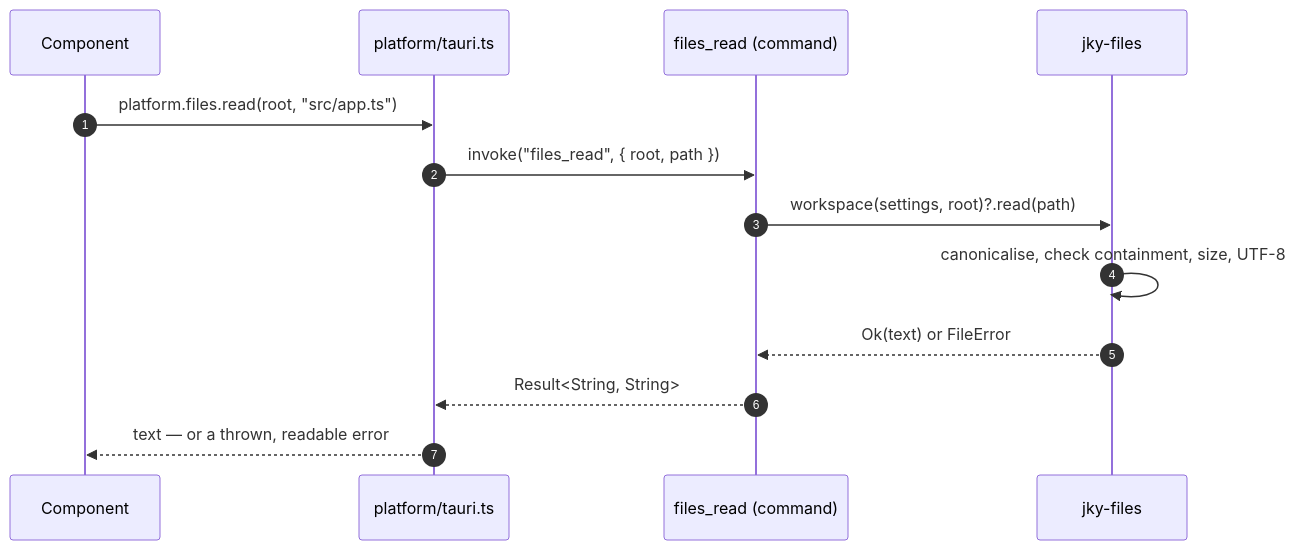
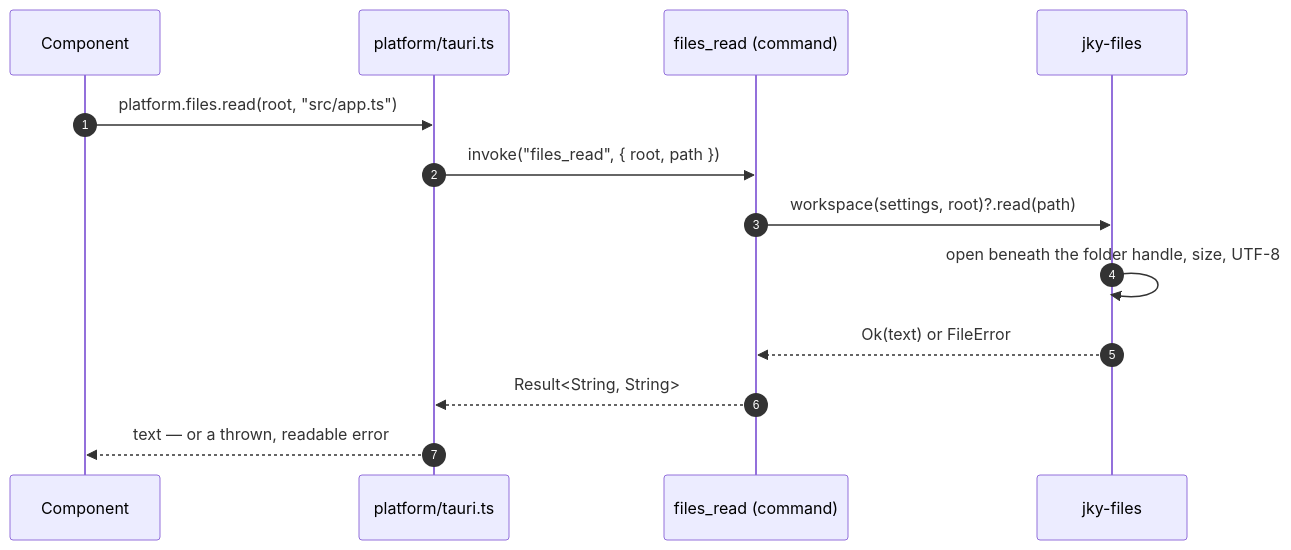
The second of 5 diagrams in docs/architecture.md (kartikeyajay2006/jky-terminal), drawn with Mermaid before and after one commit. The commit also changed 14 other files, not shown here.

````diff
--- a/docs/architecture.md
+++ b/docs/architecture.md
@@ -146,15 +146,15 @@
 ```mermaid
 sequenceDiagram
     autonumber
     participant C as Component
     participant P as platform/tauri.ts
     participant I as files_read (command)
     participant K as jky-files
     C->>P: platform.files.read(root, "src/app.ts")
     P->>I: invoke("files_read", { root, path })
     I->>K: workspace(settings, root)?.read(path)
-    K->>K: canonicalise, check containment, size, UTF-8
+    K->>K: open beneath the folder handle, size, UTF-8
     K-->>I: Ok(text) or FileError
     I-->>P: Result<String, String>
     P-->>C: text — or a thrown, readable error
 ```
````
